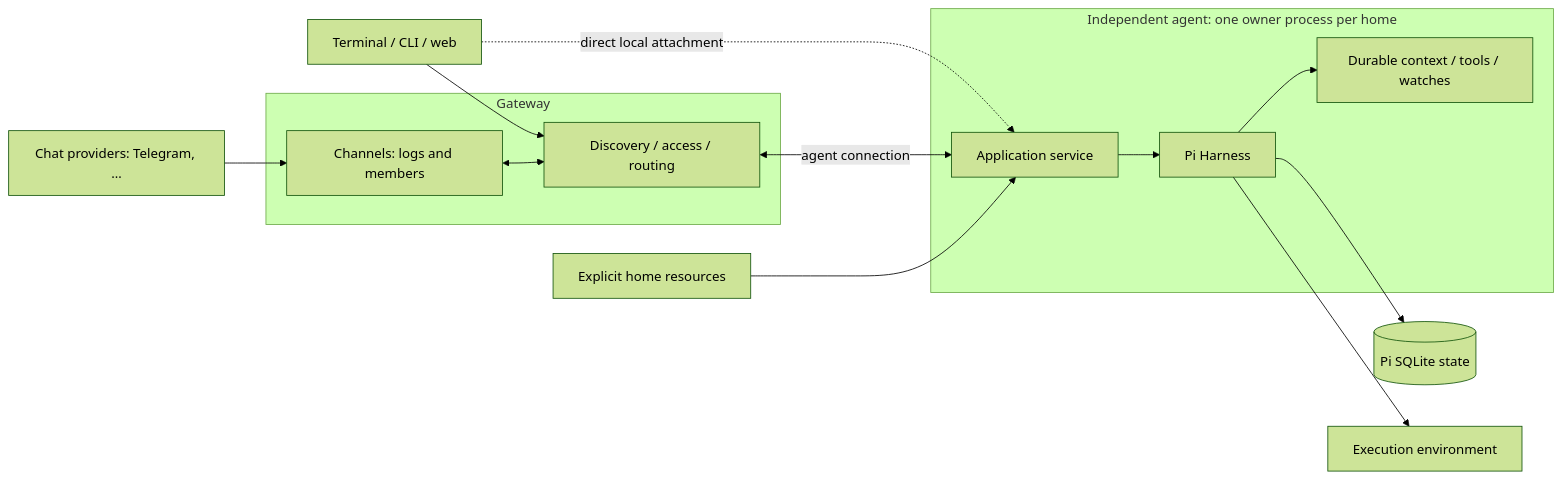
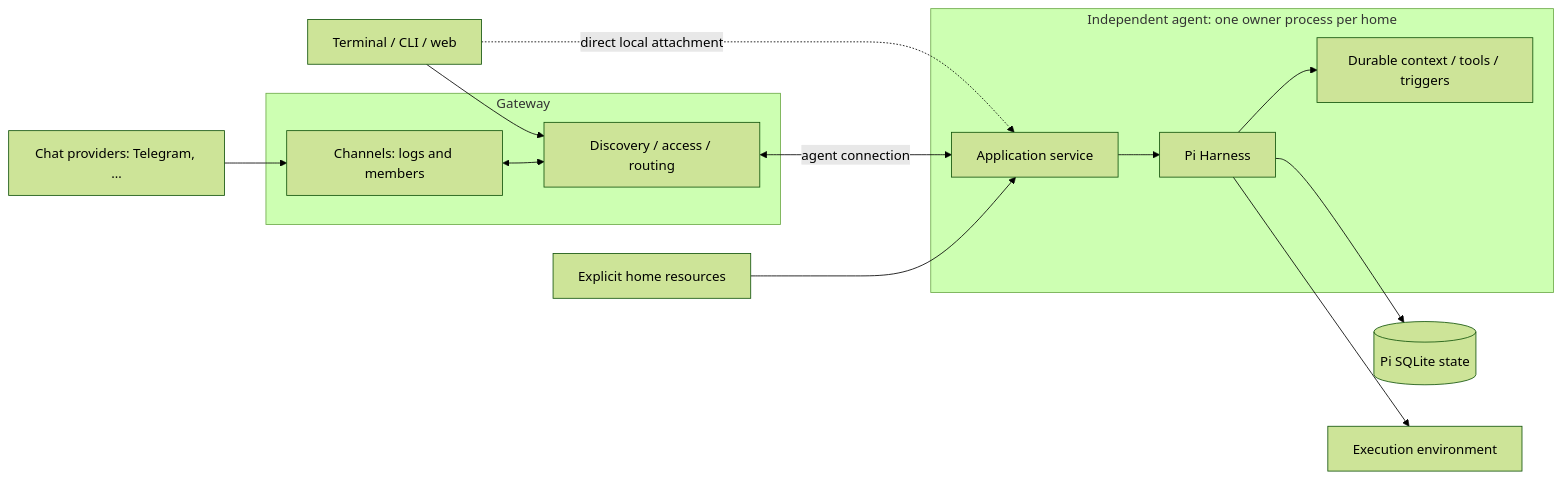
The diagram in docs/REDESIGN/PLAN.md (zachmeador/shrimpy), drawn with Mermaid (forest theme) before and after one commit. The commit also changed other lines of this file, not shown here.

First line of the commit message:
docs: rename watches to triggers in the plan

````diff
--- a/docs/REDESIGN/PLAN.md
+++ b/docs/REDESIGN/PLAN.md
@@ -167,19 +167,19 @@
 ```mermaid
 flowchart LR
     subgraph GW["Gateway"]
         Gateway["Discovery / access / routing"]
         Channels["Channels: logs and members"]
     end
     subgraph Owner["Independent agent: one owner process per home"]
         Service["Application service"] --> Pi["Pi Harness"]
-        Pi --> Extensions["Durable context / tools / watches"]
+        Pi --> Extensions["Durable context / tools / triggers"]
     end
     Clients["Terminal / CLI / web"] --> Gateway
     Clients -. "direct local attachment" .-> Service
     Providers["Chat providers: Telegram, …"] --> Channels
     Channels <--> Gateway
     Gateway <-->|"agent connection"| Service
     Pi --> State[("Pi SQLite state")]
     Pi --> Environment["Execution environment"]
     Home["Explicit home resources"] --> Service
 ```
````
